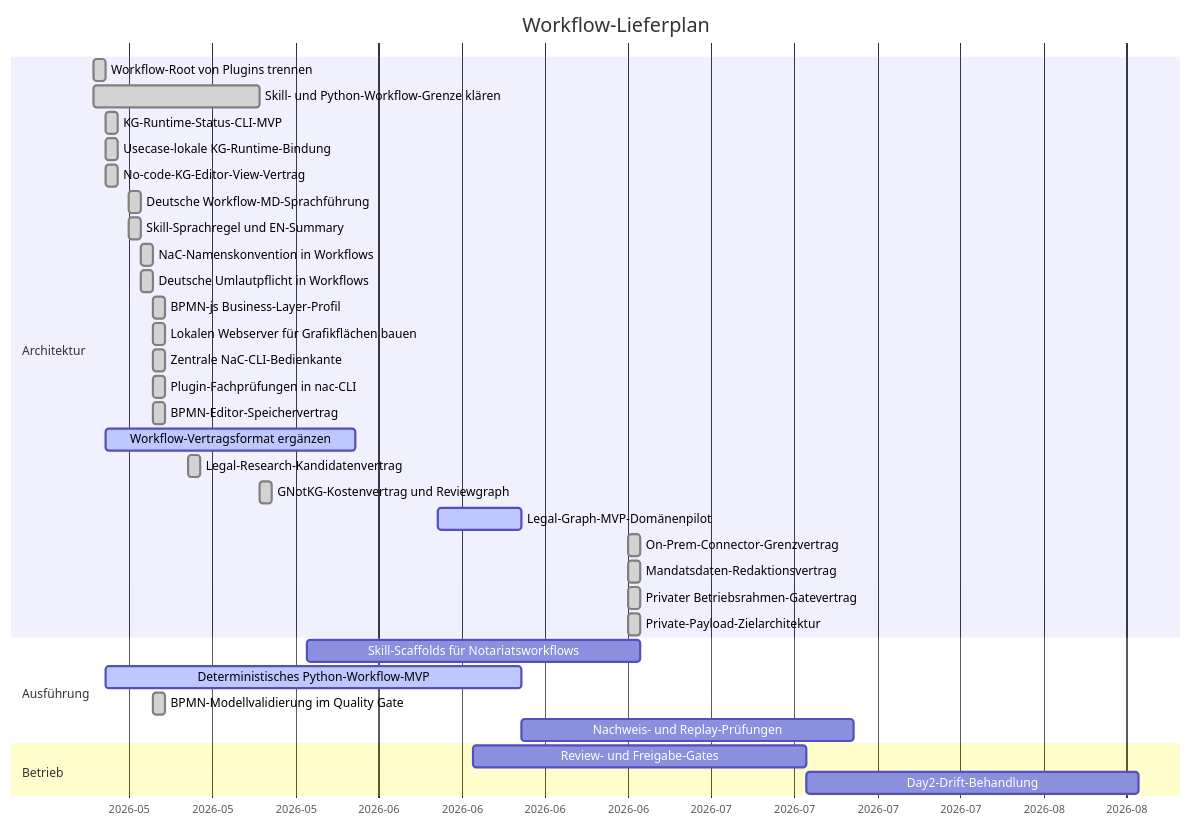
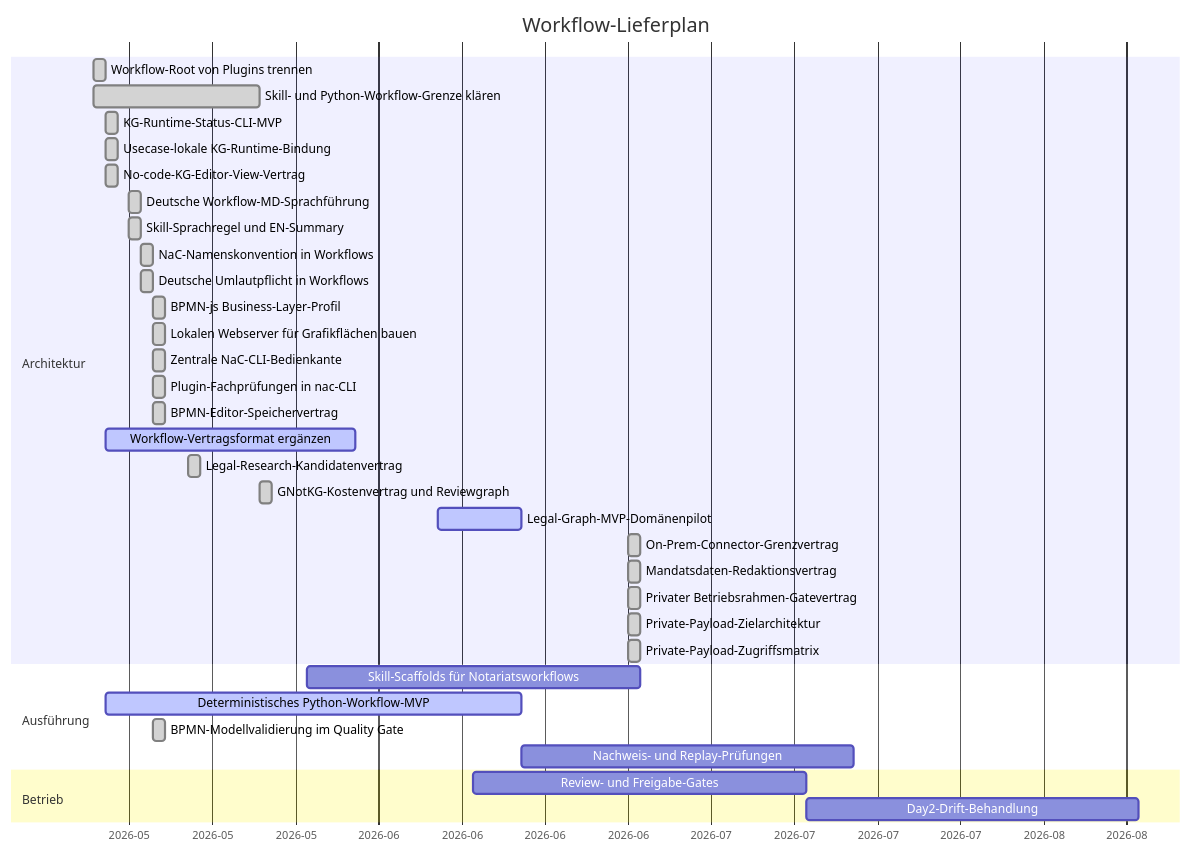
The diagram in workflows/GANTT.md (notariat8/NaC), drawn with Mermaid before and after one commit. The commit also changed other lines of this file and 15 other files, not shown here.

Commit message:
Add private payload access policy

````diff
--- a/workflows/GANTT.md
+++ b/workflows/GANTT.md
@@ -5,40 +5,41 @@
 ```mermaid
 gantt
     title Workflow-Lieferplan
     dateFormat  YYYY-MM-DD
     axisFormat  %Y-%m
 
     section Architektur
     Workflow-Root von Plugins trennen          :done,   w1, 2026-05-14, 1d
     Skill- und Python-Workflow-Grenze klären  :done,   w2, 2026-05-14, 14d
     KG-Runtime-Status-CLI-MVP                  :done,   w3, 2026-05-15, 1d
     Usecase-lokale KG-Runtime-Bindung          :done,   w3a, 2026-05-15, 1d
     No-code-KG-Editor-View-Vertrag             :done,   w4a, 2026-05-15, 1d
     Deutsche Workflow-MD-Sprachführung        :done,   w4b, 2026-05-17, 1d
     Skill-Sprachregel und EN-Summary            :done,   w4c, 2026-05-17, 1d
     NaC-Namenskonvention in Workflows           :done,   w4d, 2026-05-18, 1d
     Deutsche Umlautpflicht in Workflows         :done,   w4e, 2026-05-18, 1d
     BPMN-js Business-Layer-Profil               :done,   w4f, 2026-05-19, 1d
     Lokalen Webserver für Grafikflächen bauen  :done,   w4g, 2026-05-19, 1d
     Zentrale NaC-CLI-Bedienkante                :done,   w4h, 2026-05-19, 1d
     Plugin-Fachprüfungen in nac-CLI             :done,   w4i, 2026-05-19, 1d
     BPMN-Editor-Speichervertrag                 :done,   w4j, 2026-05-19, 1d
     Workflow-Vertragsformat ergänzen          :active, w4, 2026-05-15, 21d
     Legal-Research-Kandidatenvertrag           :done,   w4k, 2026-05-22, 1d
     GNotKG-Kostenvertrag und Reviewgraph        :done,   w4l, 2026-05-28, 1d
     Legal-Graph-MVP-Domänenpilot              :active, w4m, 2026-06-12, 7d
     On-Prem-Connector-Grenzvertrag            :done,   w4n, 2026-06-28, 1d
     Mandatsdaten-Redaktionsvertrag             :done,   w4o, 2026-06-28, 1d
     Privater Betriebsrahmen-Gatevertrag        :done,   w4p, 2026-06-28, 1d
     Private-Payload-Zielarchitektur            :done,   w4q, 2026-06-28, 1d
+    Private-Payload-Zugriffsmatrix             :done,   w4r, 2026-06-28, 1d
 
     section Ausführung
     Skill-Scaffolds für Notariatsworkflows    :        w5, 2026-06-01, 28d
     Deterministisches Python-Workflow-MVP      :active, w6, 2026-05-15, 35d
     BPMN-Modellvalidierung im Quality Gate      :done,   w6a, 2026-05-19, 1d
     Nachweis- und Replay-Prüfungen            :        w7, after w6, 28d
 
     section Betrieb
     Review- und Freigabe-Gates                 :        w8, 2026-06-15, 28d
     Day2-Drift-Behandlung                      :        w9, after w8, 28d
 ```
````
